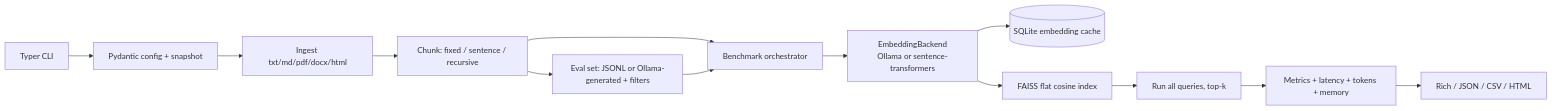
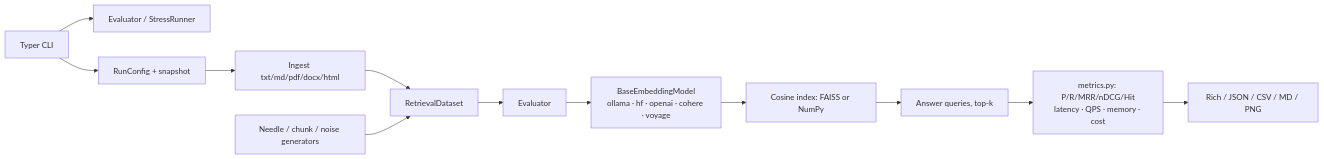
One commit to Ajlikeadj/embedbench changed the diagram in README.md. Above: the diagram before and after it, drawn with Mermaid. The commit also changed other lines of this file and 86 other files, not shown here.

````diff
--- a/README.md
+++ b/README.md
@@ -117,15 +123,14 @@
 ```mermaid
 flowchart LR
-  CLI[Typer CLI] --> CFG[Pydantic config + snapshot]
+  CLI[Typer CLI] --> API[Evaluator / StressRunner]
+  CLI --> CFG[RunConfig + snapshot]
   CFG --> ING[Ingest txt/md/pdf/docx/html]
-  ING --> CHK[Chunk: fixed / sentence / recursive]
-  CHK --> ES[Eval set: JSONL or Ollama-generated + filters]
-  CHK --> RUN[Benchmark orchestrator]
-  ES --> RUN
-  RUN --> BE[EmbeddingBackend<br/>Ollama or sentence-transformers]
-  BE --> CACHE[(SQLite embedding cache)]
-  BE --> IDX[FAISS flat cosine index]
-  IDX --> Q[Run all queries, top-k]
-  Q --> MET[Metrics + latency + tokens + memory]
-  MET --> REPORTS[Rich / JSON / CSV / HTML]
+  ING --> DS[RetrievalDataset]
+  GEN[Needle / chunk / noise generators] --> DS
+  DS --> EV[Evaluator]
+  EV --> MODELS[BaseEmbeddingModel<br/>ollama · hf · openai · cohere · voyage]
+  MODELS --> IDX[Cosine index: FAISS or NumPy]
+  IDX --> Q[Answer queries, top-k]
+  Q --> MET[metrics.py: P/R/MRR/nDCG/Hit<br/>latency · QPS · memory · cost]
+  MET --> REPORTS[Rich / JSON / CSV / MD / PNG]
 ```
````
